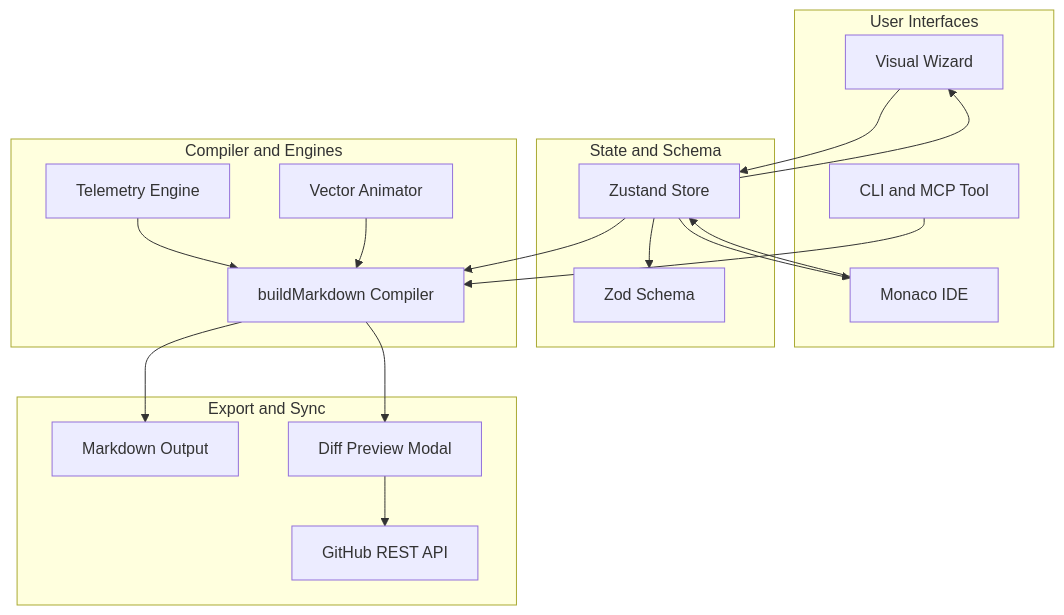
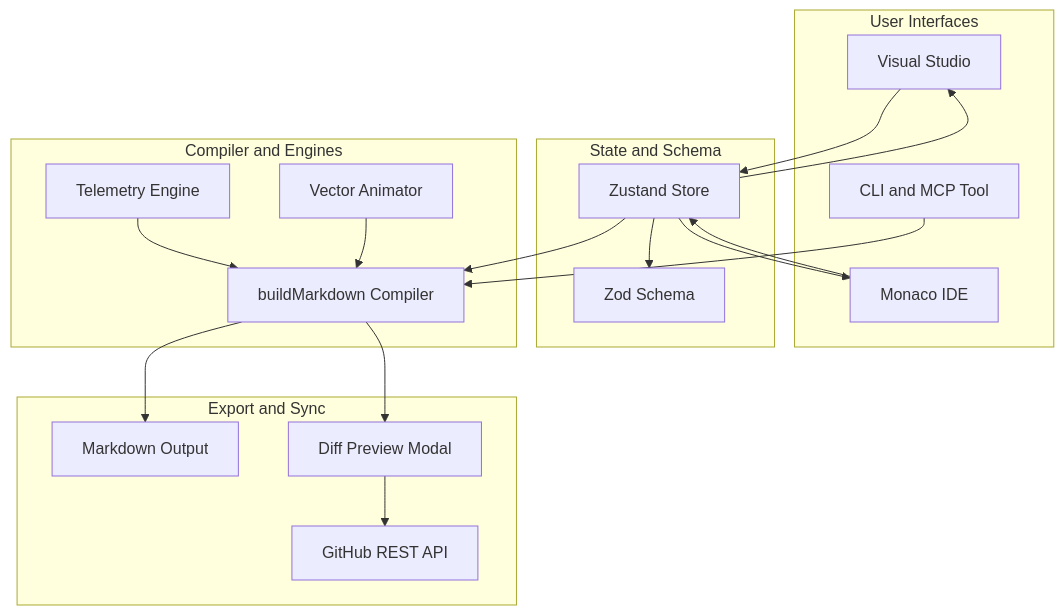
The second of 2 diagrams in README.md (yuvraj-thakur-exe/MONOFORGE), drawn with Mermaid before and after one commit. The commit also changed other lines of this file and 73 other files, not shown here.

````diff
--- a/README.md
+++ b/README.md
@@ -426,38 +468,38 @@
 ```mermaid
 flowchart TD
     subgraph UI[User Interfaces]
-        W[Visual Wizard]
+        W[Visual Studio]
         M[Monaco IDE]
         C[CLI and MCP Tool]
     end
 
     subgraph State[State and Schema]
         S[Zustand Store]
         Z[Zod Schema]
     end
 
     subgraph Core[Compiler and Engines]
         B[buildMarkdown Compiler]
         T[Telemetry Engine]
         V[Vector Animator]
     end
 
     subgraph Output[Export and Sync]
         MD[Markdown Output]
         DP[Diff Preview Modal]
         GH[GitHub REST API]
     end
 
     W --> S
     S --> W
     M --> S
     S --> M
     C --> B
     S --> Z
     S --> B
     T --> B
     V --> B
     B --> MD
     B --> DP
     DP --> GH
 ```
````
